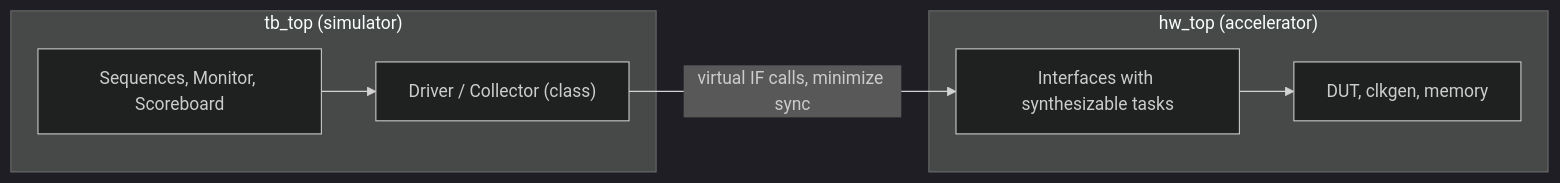
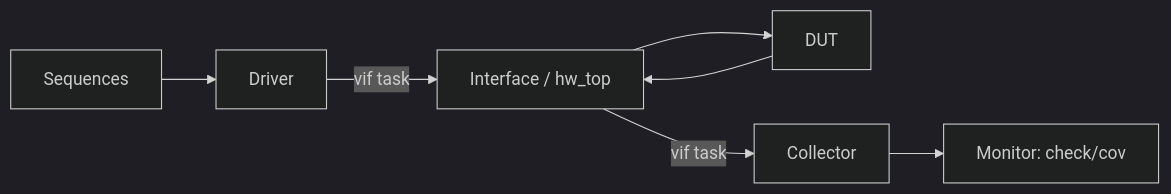
One commit to nemo99007/yt-paper changed the diagram in docs/papers/ref-20261018-8282-uvm-testbench-considerations-for-acceleration.md. Above: the diagram before and after it, drawn with Mermaid (dark theme). The commit also changed other lines of this file and 29 other files, not shown here.

````diff
--- a/docs/papers/ref-20261018-8282-uvm-testbench-considerations-for-acceleration.md
+++ b/docs/papers/ref-20261018-8282-uvm-testbench-considerations-for-acceleration.md
@@ -290,14 +225,6 @@
 ```mermaid
 flowchart LR
-  subgraph SIM ["tb_top (simulator)"]
-    SEQ["Sequences, Monitor, Scoreboard"]
-    DRV["Driver / Collector (class)"]
-  end
-  subgraph HW ["hw_top (accelerator)"]
-    IF["Interfaces with synthesizable tasks"]
-    DUT["DUT, clkgen, memory"]
-  end
-  SEQ --> DRV
-  DRV -->|"virtual IF calls, minimize sync"| IF
-  IF --> DUT
+  SEQ[Sequences] --> DRV[Driver] -->|vif task| IF[Interface / hw_top]
+  IF --> DUT[DUT]
+  DUT --> IF -->|vif task| COL[Collector] --> MON[Monitor: check/cov]
 ```
````
